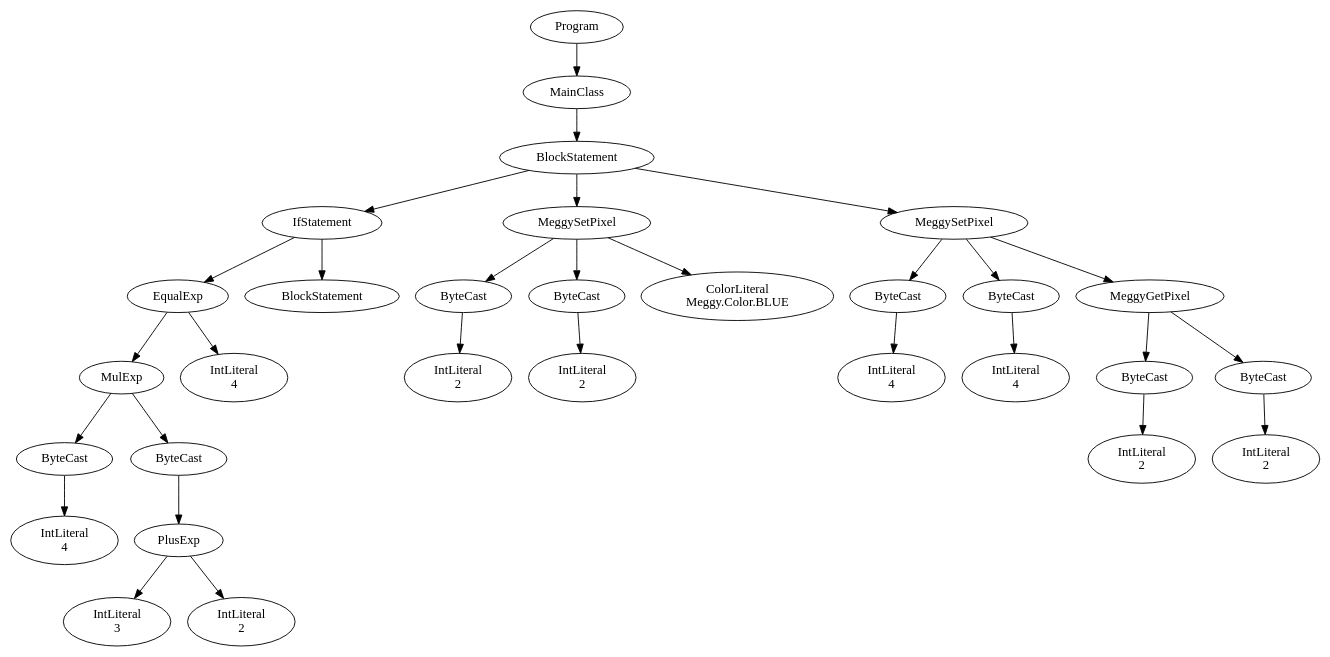
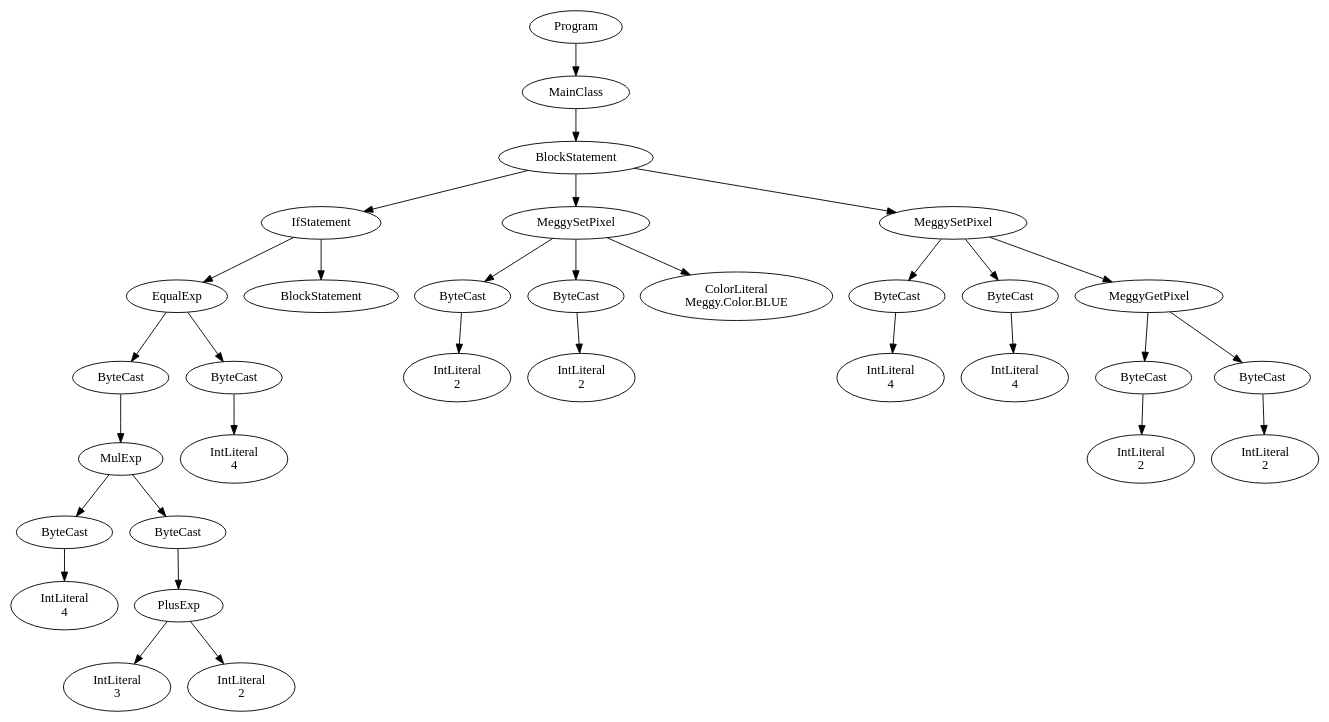
Before and after one commit to zamattiac/CS-4620: the diagram in PA3/trial.java.dot, drawn with Graphviz. The commit also changed 28 other files, not shown here.

```diff
--- a/PA3/trial.java.dot
+++ b/PA3/trial.java.dot
@@ -1,61 +1,65 @@
 digraph ASTGraph {
 0 [ label="Program" ];
 1 [ label="MainClass" ];
 0 -> 1
 2 [ label="BlockStatement" ];
 1 -> 2
 3 [ label="IfStatement" ];
 2 -> 3
 4 [ label="EqualExp" ];
 3 -> 4
-5 [ label="MulExp" ];
+5 [ label="ByteCast" ];
 4 -> 5
-6 [ label="ByteCast" ];
+6 [ label="MulExp" ];
 5 -> 6
-7 [ label="IntLiteral\n4" ];
+7 [ label="ByteCast" ];
 6 -> 7
-8 [ label="ByteCast" ];
-5 -> 8
-9 [ label="PlusExp" ];
-8 -> 9
-10 [ label="IntLiteral\n3" ];
+8 [ label="IntLiteral\n4" ];
+7 -> 8
+9 [ label="ByteCast" ];
+6 -> 9
+10 [ label="PlusExp" ];
 9 -> 10
-11 [ label="IntLiteral\n2" ];
-9 -> 11
-12 [ label="IntLiteral\n4" ];
-4 -> 12
-13 [ label="BlockStatement" ];
-3 -> 13
-14 [ label="MeggySetPixel" ];
-2 -> 14
-15 [ label="ByteCast" ];
-14 -> 15
-16 [ label="IntLiteral\n2" ];
-15 -> 16
+11 [ label="IntLiteral\n3" ];
+10 -> 11
+12 [ label="IntLiteral\n2" ];
+10 -> 12
+13 [ label="ByteCast" ];
+4 -> 13
+14 [ label="IntLiteral\n4" ];
+13 -> 14
+15 [ label="BlockStatement" ];
+3 -> 15
+16 [ label="MeggySetPixel" ];
+2 -> 16
 17 [ label="ByteCast" ];
-14 -> 17
+16 -> 17
 18 [ label="IntLiteral\n2" ];
 17 -> 18
-19 [ label="ColorLiteral\nMeggy.Color.BLUE" ];
-14 -> 19
-20 [ label="MeggySetPixel" ];
-2 -> 20
-21 [ label="ByteCast" ];
-20 -> 21
-22 [ label="IntLiteral\n4" ];
-21 -> 22
+19 [ label="ByteCast" ];
+16 -> 19
+20 [ label="IntLiteral\n2" ];
+19 -> 20
+21 [ label="ColorLiteral\nMeggy.Color.BLUE" ];
+16 -> 21
+22 [ label="MeggySetPixel" ];
+2 -> 22
 23 [ label="ByteCast" ];
-20 -> 23
+22 -> 23
 24 [ label="IntLiteral\n4" ];
 23 -> 24
-25 [ label="MeggyGetPixel" ];
-20 -> 25
-26 [ label="ByteCast" ];
+25 [ label="ByteCast" ];
+22 -> 25
+26 [ label="IntLiteral\n4" ];
 25 -> 26
-27 [ label="IntLiteral\n2" ];
-26 -> 27
+27 [ label="MeggyGetPixel" ];
+22 -> 27
 28 [ label="ByteCast" ];
-25 -> 28
+27 -> 28
 29 [ label="IntLiteral\n2" ];
 28 -> 29
+30 [ label="ByteCast" ];
+27 -> 30
+31 [ label="IntLiteral\n2" ];
+30 -> 31
 }
```
